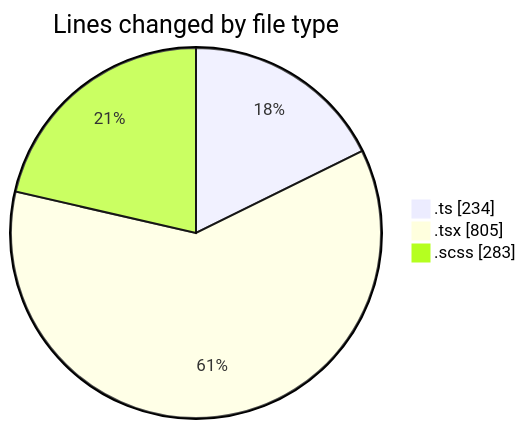
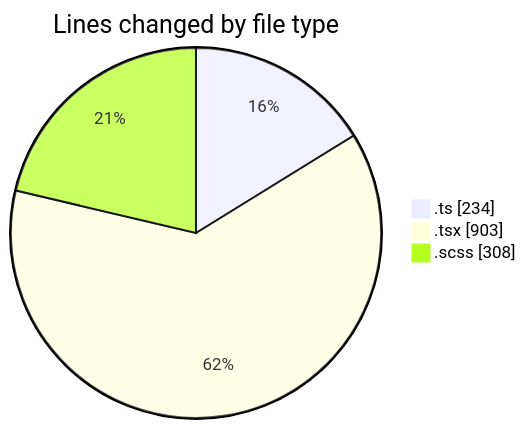
The first of 2 diagrams in 2025-05-01/cda/README.md (momahboobian/code-tracking), drawn with Mermaid before and after one commit. The commit also changed other lines of this file and 1 other file, not shown here.

````diff
--- a/2025-05-01/cda/README.md
+++ b/2025-05-01/cda/README.md
@@ -28,7 +28,7 @@
 ```mermaid
 pie showData
 title Lines changed by file type
 ".ts" : 234
-".tsx" : 805
-".scss" : 283
+".tsx" : 903
+".scss" : 308
 ```
````
